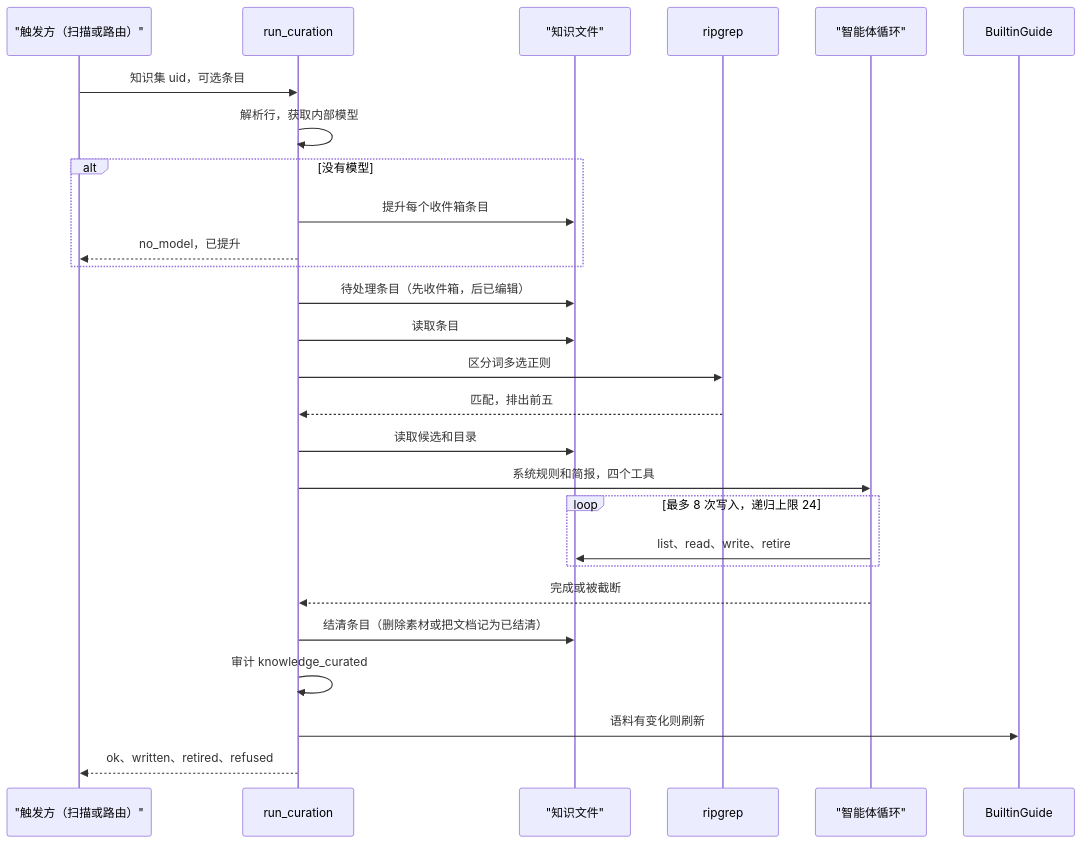
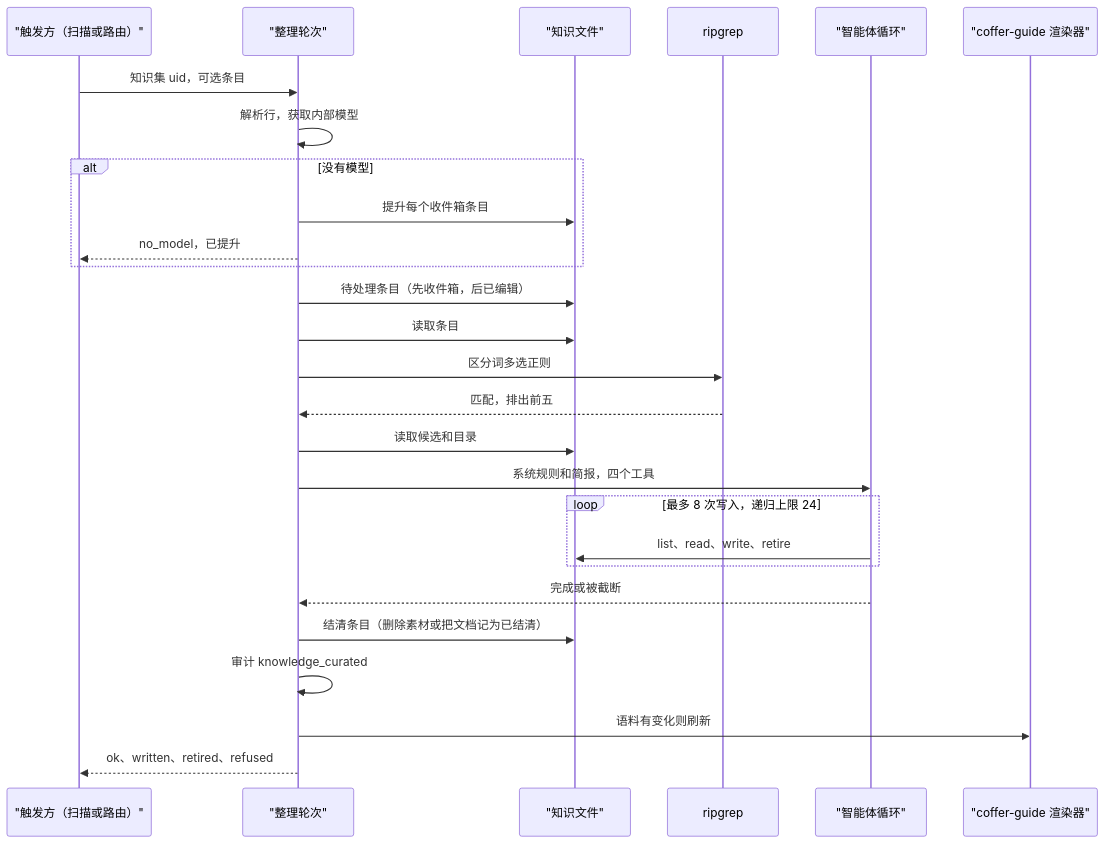
One commit to wyx-sg/Coffer changed the second of 3 diagrams in docs-site/zh/architecture/knowledge.md. Above: the diagram before and after it, drawn with Mermaid. The commit also changed other lines of this file and 29 other files, not shown here.

First line of the commit message:
docs(site): explain the architecture in plain terms, without source detail

````diff
--- a/docs-site/zh/architecture/knowledge.md
+++ b/docs-site/zh/architecture/knowledge.md
@@ -209,29 +209,29 @@
 ```mermaid
 sequenceDiagram
   participant T as "触发方（扫描或路由）"
-  participant P as run_curation
+  participant P as "整理轮次"
   participant FS as "知识文件"
   participant RG as ripgrep
   participant L as "智能体循环"
-  participant G as BuiltinGuide
+  participant G as "coffer-guide 渲染器"
   T->>P: 知识集 uid，可选条目
   P->>P: 解析行，获取内部模型
   alt 没有模型
     P->>FS: 提升每个收件箱条目
     P-->>T: no_model，已提升
   end
   P->>FS: 待处理条目（先收件箱，后已编辑）
   P->>FS: 读取条目
   P->>RG: 区分词多选正则
   RG-->>P: 匹配，排出前五
   P->>FS: 读取候选和目录
   P->>L: 系统规则和简报，四个工具
   loop 最多 8 次写入，递归上限 24
     L->>FS: list、read、write、retire
   end
   L-->>P: 完成或被截断
   P->>FS: 结清条目（删除素材或把文档记为已结清）
   P->>P: 审计 knowledge_curated
   P->>G: 语料有变化则刷新
   P-->>T: ok、written、retired、refused
 ```
````
